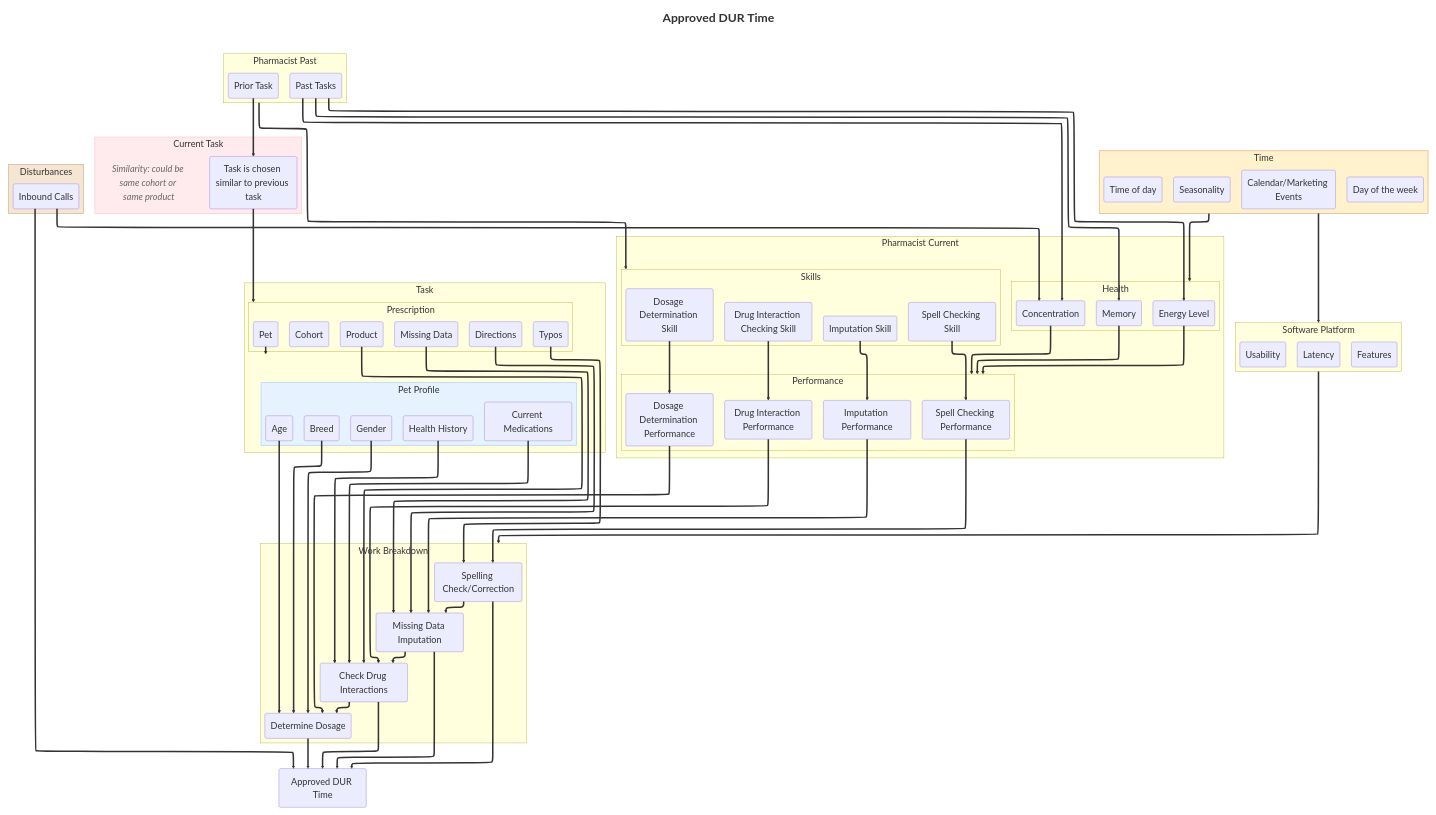
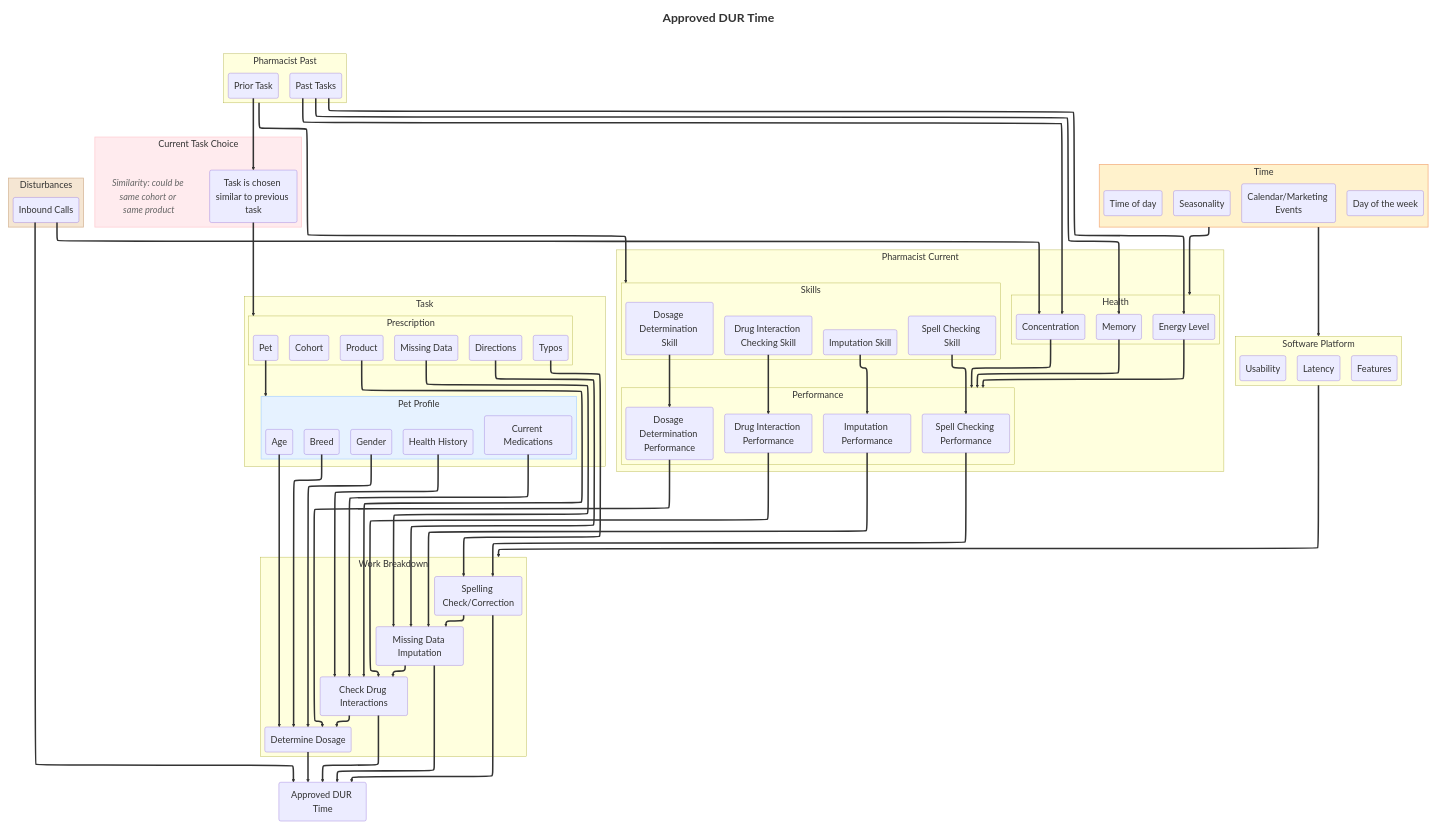
Before and after one commit to myunt1-chwy/rxp-pharmacist-task-grouping-analysis: the diagram in src/mermaid/DUR.mmd, drawn with Mermaid. The commit also changed 1 other file, not shown here.

Commit message:
Rename Current Task to Current Task Choice

```diff
--- a/src/mermaid/DUR.mmd
+++ b/src/mermaid/DUR.mmd
@@ -1,128 +1,128 @@
 %%{init: { "layout": "elk","themeVariables": { "fontSize": "24px", "subgraphFontSize": "28px", "fontWeight": "bold" }, "themeCSS": ".nodeLabel { font-weight: bold; }" } }%%
 
 flowchart TB
     %% Master container that acts as the top-centered title
     subgraph Main ["<span style='font-size:32px; font-weight:bold; display:block; padding:10px 0;'>Approved DUR Time</span>"]
         direction LR
         subgraph Env[Time]
             Seasonality(Seasonality)
             Events(Calendar/Marketing Events)
             TimeOfDay(Time of day)
             DayOfWeek(Day of the week)
         end
-        subgraph Treatments[Current Task]
+        subgraph Treatments[Current Task Choice]
             T(Task is chosen similar to previous task)
             TreatmentNote["Similarity: could be same cohort or same product"]
         end
         subgraph SW[Software Platform]
             Responsiveness(Latency)
             Features(Features)
             Usability(Usability)
         end
         subgraph  Task[Task]
             subgraph PetProfile[Pet Profile]
                 direction LR
                 PHH(Health History)
                 PCM(Current Medications)
                 PA(Age)
                 PB(Breed)
                 PG(Gender)
             end
             subgraph Rx[Prescription]
                 direction TB
                 Typos(Typos)
                 MissingData(Missing Data)
                 Medication(Product)
                 Cohort(Cohort)
                 Directions(Directions)
                 Pet(Pet)
             end
         end
         subgraph PastPharmacist[Pharmacist Past]
                 PriorTask(Prior Task)
                 PastTasks(Past Tasks)
         end
         subgraph Pharmacist[Pharmacist Current]
             subgraph Health
                 PhPM("Memory")
                 PhPC("Concentration")
                 PhPL("Energy Level")
             end
             subgraph Skills
                 PhPS(Spell Checking Skill)
                 PhPI(Imputation Skill)
                 PhPA(Drug Interaction Checking Skill)
                 PhPD(Dosage Determination Skill)
             end
             subgraph Performance
                 PhPSP(Spell Checking Performance)
                 PhPIP(Imputation Performance)
                 PhPAP(Drug Interaction Performance)
                 PhPDP(Dosage Determination Performance)
             end
             PhPS --> PhPSP
             PhPI --> PhPIP
             PhPA --> PhPAP
             PhPD --> PhPDP
             PhPM --> Performance
             PhPL --> Performance
             PhPC --> Performance
         end
         subgraph Dist[Disturbances]
             Inbound(Inbound Calls)
         end
         PastPharmacist --> Skills
         PriorTask --> T
         T --> Rx
         PastTasks --> PhPL
         PastTasks --> PhPM
         PastTasks --> PhPC
         Env --> Health
         Env --> SW
         subgraph WBR[Work Breakdown]
             direction LR
             SpellCheckTask(Spelling Check/Correction)
             ImputeTask(Missing Data Imputation)
             DetermineDosageTask(Determine Dosage)
             DrugInteractionTask(Check Drug Interactions)
             SpellCheckTask --> ImputeTask
             ImputeTask --> DrugInteractionTask
             DrugInteractionTask --> DetermineDosageTask
         end
         Pet --> PetProfile
         Typos --> SpellCheckTask
         PhPSP --> SpellCheckTask
         MissingData --> ImputeTask
         Directions --> ImputeTask
         PhPIP -->ImputeTask
         Medication --> DrugInteractionTask
         PhPAP -->DrugInteractionTask
         PHH --> DrugInteractionTask
         PCM --> DrugInteractionTask
         PhPDP --> DetermineDosageTask
         PA --> DetermineDosageTask
         PB --> DetermineDosageTask
         PG --> DetermineDosageTask
         SW --> WBR
         DetermineDosageTask --> DUR(Approved DUR Time)
         DrugInteractionTask --> DUR(Approved DUR Time)
         ImputeTask --> DUR(Approved DUR Time)
         SpellCheckTask --> DUR(Approved DUR Time)
         Inbound --> DUR(Approved DUR Time)
         Inbound --> PhPC
     end
 
     %% Hide the outer master box lines so only the text title shows on top
     style Main fill:none,stroke:none;
     %% Styling the PetProfile subgraph light blue
     style PetProfile fill:#e6f2ff,stroke:#b3d7ff,stroke-width:2px;
     %% Styling the Treatments subgraph light red
     style Treatments fill:#ffebee,stroke:#ffcdd2,stroke-width:2px;
     %% Display treatment similarity as a text-only annotation
     style TreatmentNote fill:none,stroke:none,color:#666,font-style:italic;
     %% Make connector lines more visible
     linkStyle default stroke-width:4px;
     %% Styling the Disturbances subgraph light brown
     style Dist fill:#f5e6d3,stroke:#d7b899,stroke-width:2px;
     %% Styling the Environment subgraph light orange
     style Env fill:#fff2cc,stroke:#f4b183,stroke-width:2px;
```
